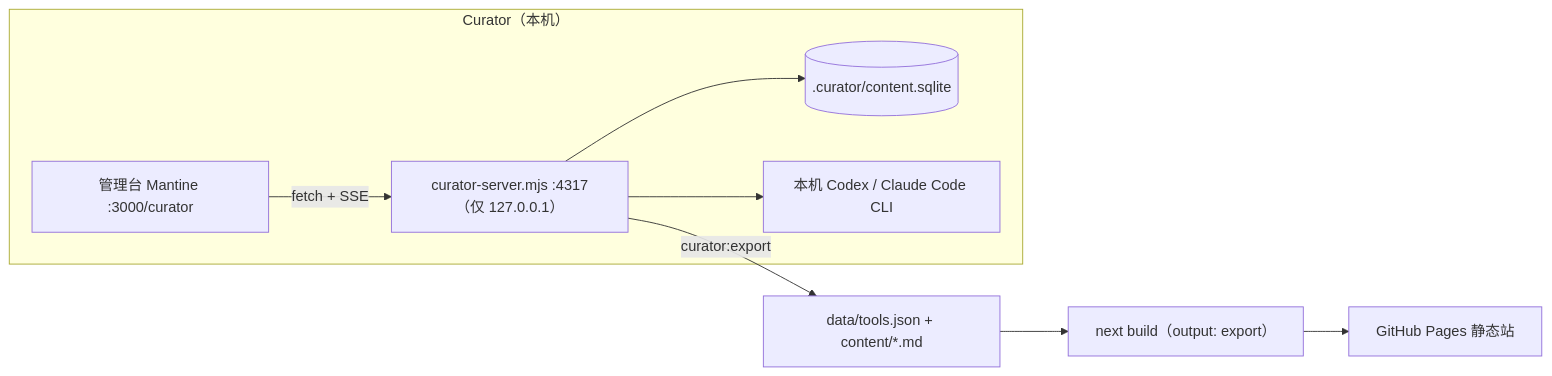
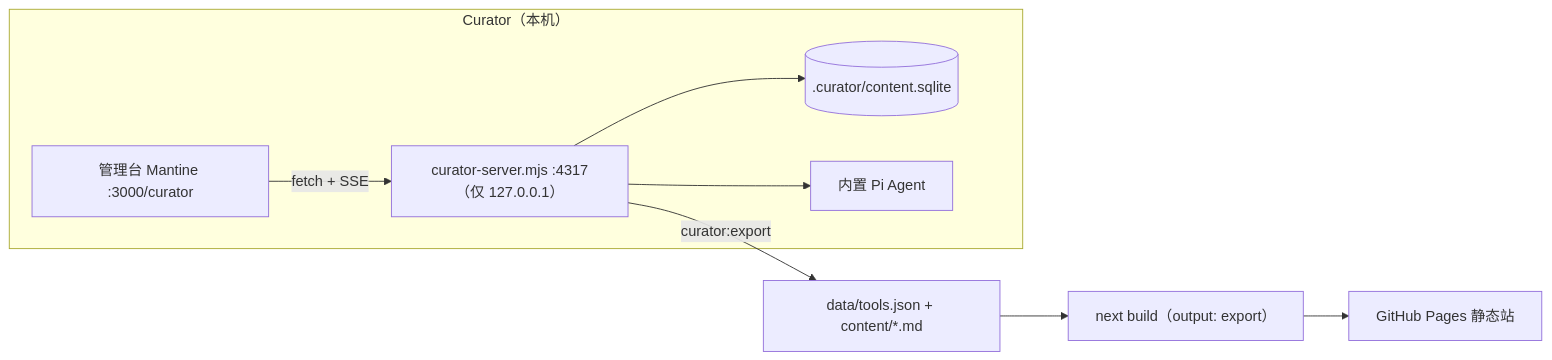
The diagram in docs/architecture.md (robeshell/ai-resources), drawn with Mermaid before and after one commit. The commit also changed other lines of this file and 36 other files, not shown here.

````diff
--- a/docs/architecture.md
+++ b/docs/architecture.md
@@ -17,15 +17,15 @@
 ```mermaid
 flowchart LR
   subgraph Curator["Curator（本机）"]
     UI["管理台 Mantine :3000/curator"]
     SRV["curator-server.mjs :4317（仅 127.0.0.1）"]
     DB[(".curator/content.sqlite")]
-    AGENT["本机 Codex / Claude Code CLI"]
+    AGENT["内置 Pi Agent"]
     UI -->|fetch + SSE| SRV
     SRV --> DB
     SRV --> AGENT
   end
   SRV -->|"curator:export"| EXPORT["data/tools.json + content/*.md"]
   EXPORT --> BUILD["next build（output: export）"]
   BUILD --> PAGES["GitHub Pages 静态站"]
 ```
````
